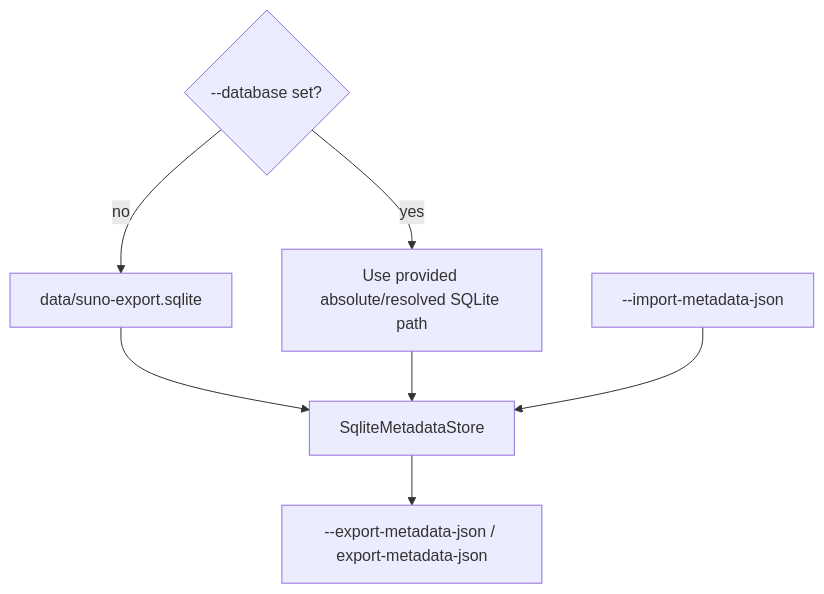
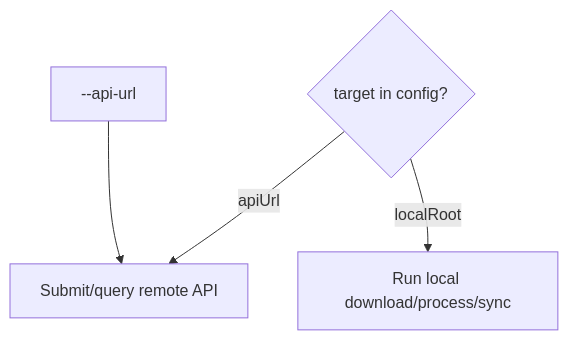
Before and after one commit to mikeygnyc/SunoLibrarian: the third of 9 diagrams in docs/cli-program-flow.md, drawn with Mermaid. The commit also changed other lines of this file and 40 other files, not shown here.

First line of the commit message:
feat: add architecture simplification checklist and testing guide

````diff
--- a/docs/cli-program-flow.md
+++ b/docs/cli-program-flow.md
@@ -100,10 +105,7 @@
 ```mermaid
 flowchart TD
-  A{"--database set?"}
-  A -- yes --> B["Use provided absolute/resolved SQLite path"]
-  A -- no --> C["data/suno-export.sqlite"]
-  C --> D["SqliteMetadataStore"]
-  B --> D
-  E["--import-metadata-json"] --> D
-  D --> F["--export-metadata-json / export-metadata-json"]
+  A{"target in config?"}
+  A -- "apiUrl" --> B["Submit/query remote API"]
+  A -- "localRoot" --> C["Run local download/process/sync"]
+  D["--api-url"] --> B
 ```
````
